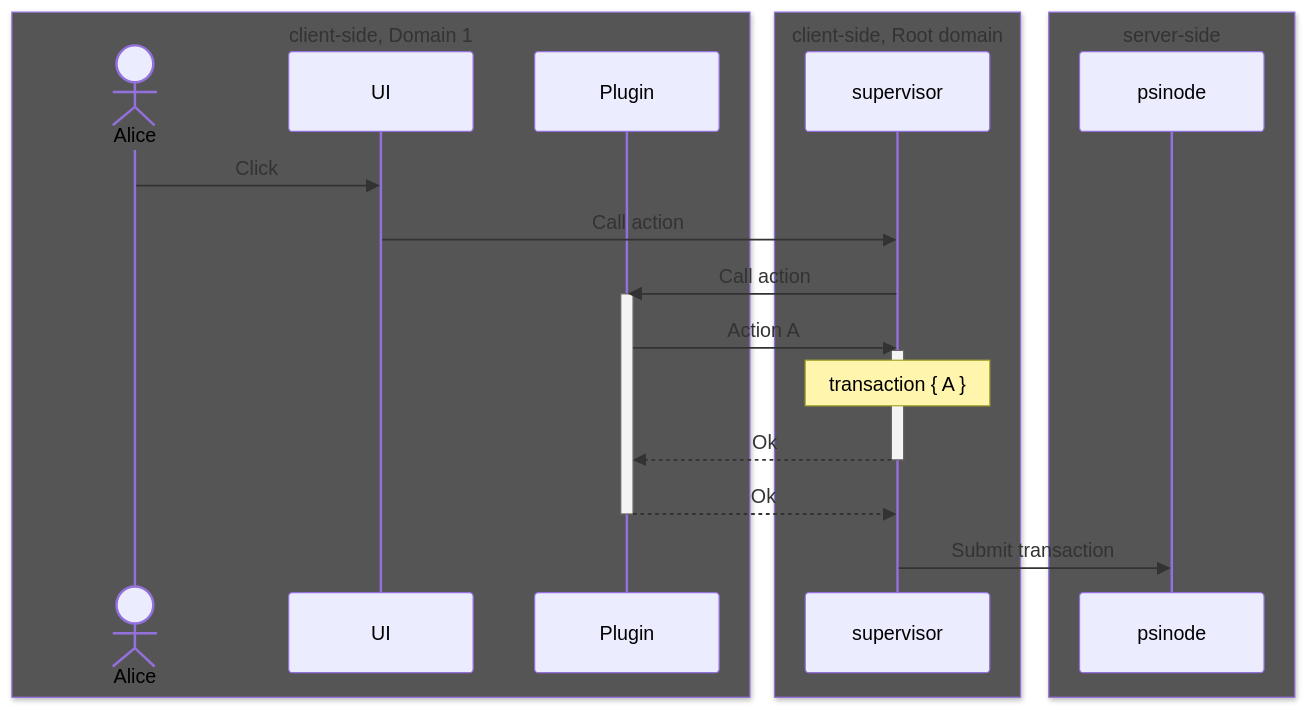
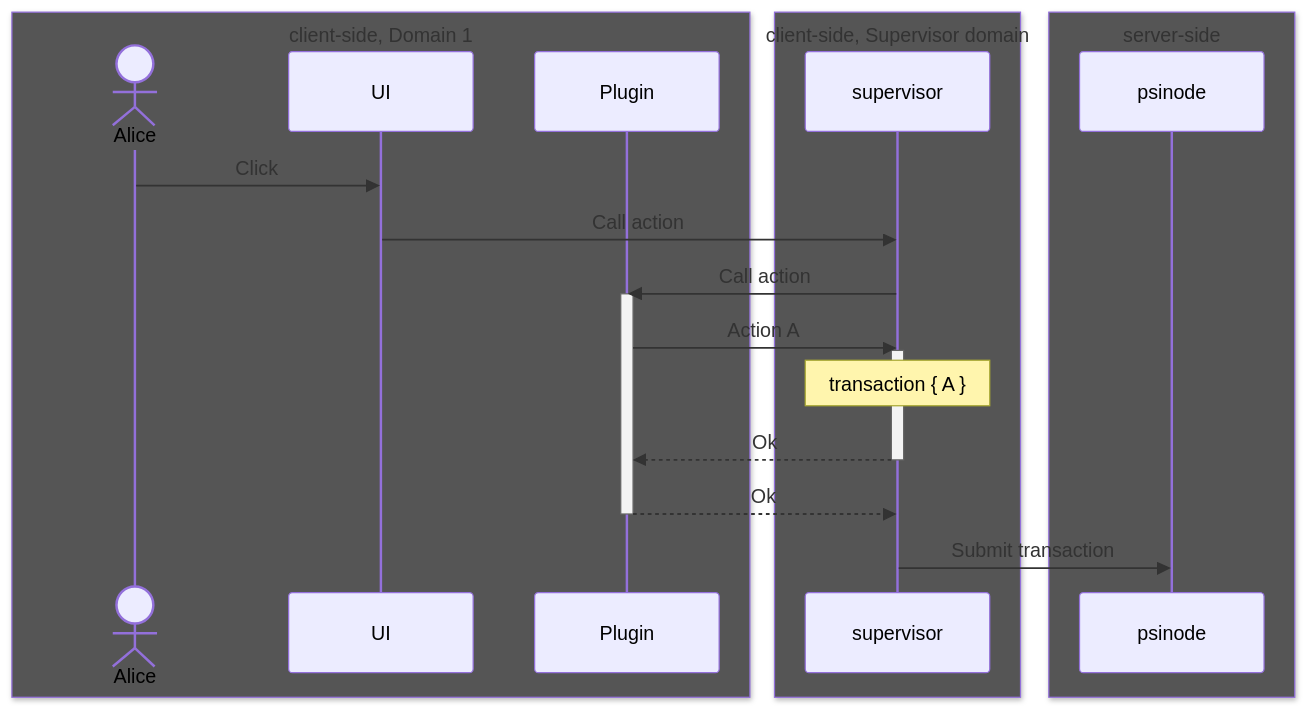
One commit to gofractally/psibase changed the fourth of 6 diagrams in doc/psidk/src/specifications/app-architecture/plugins.md. Above: the diagram before and after it, drawn with Mermaid. The commit also changed other lines of this file and 3 other files, not shown here.

Commit message:
update supervisor docs - supervisor no longer root window

````diff
--- a/doc/psidk/src/specifications/app-architecture/plugins.md
+++ b/doc/psidk/src/specifications/app-architecture/plugins.md
@@ -118,31 +118,31 @@
 ```mermaid
 sequenceDiagram 
 
 box rgb(85,85,85) client-side, Domain 1
 actor Alice
 participant UI
 participant Plugin
 end
 
-box rgb(85,85,85) client-side, Root domain
+box rgb(85,85,85) client-side, Supervisor domain
 participant supervisor
 end
 
 box rgb(85,85,85) server-side
 participant psinode
 end
 
 Alice->>UI: Click
 UI->>supervisor: Call action
 supervisor->>Plugin: Call action
 activate Plugin
 Plugin->>supervisor: Action A
 activate supervisor
 note over supervisor: transaction { A }
 supervisor-->>Plugin: Ok
 deactivate supervisor
 Plugin-->>supervisor: Ok
 deactivate Plugin
 supervisor->>psinode: Submit transaction
 
 ```
````
